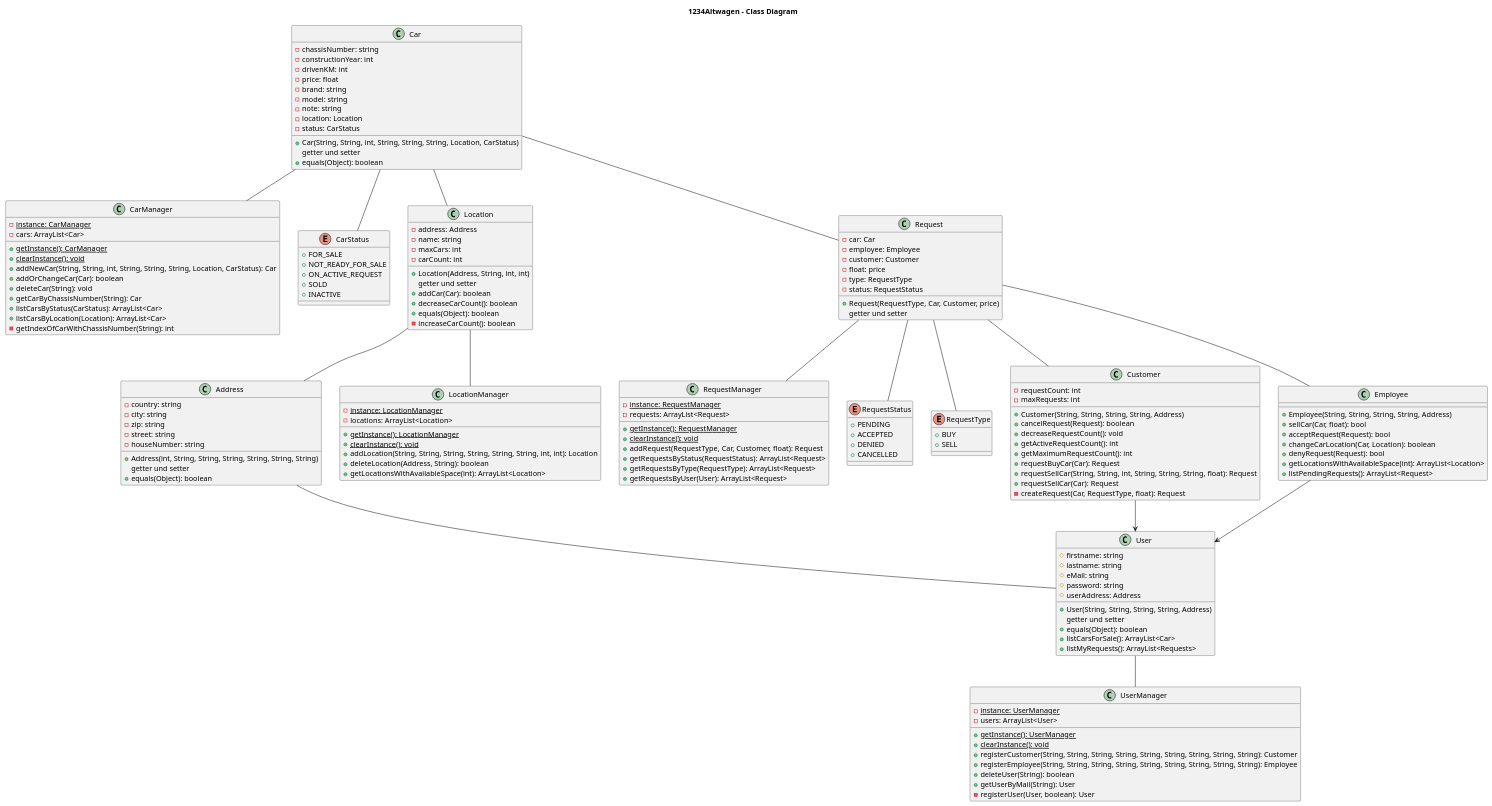
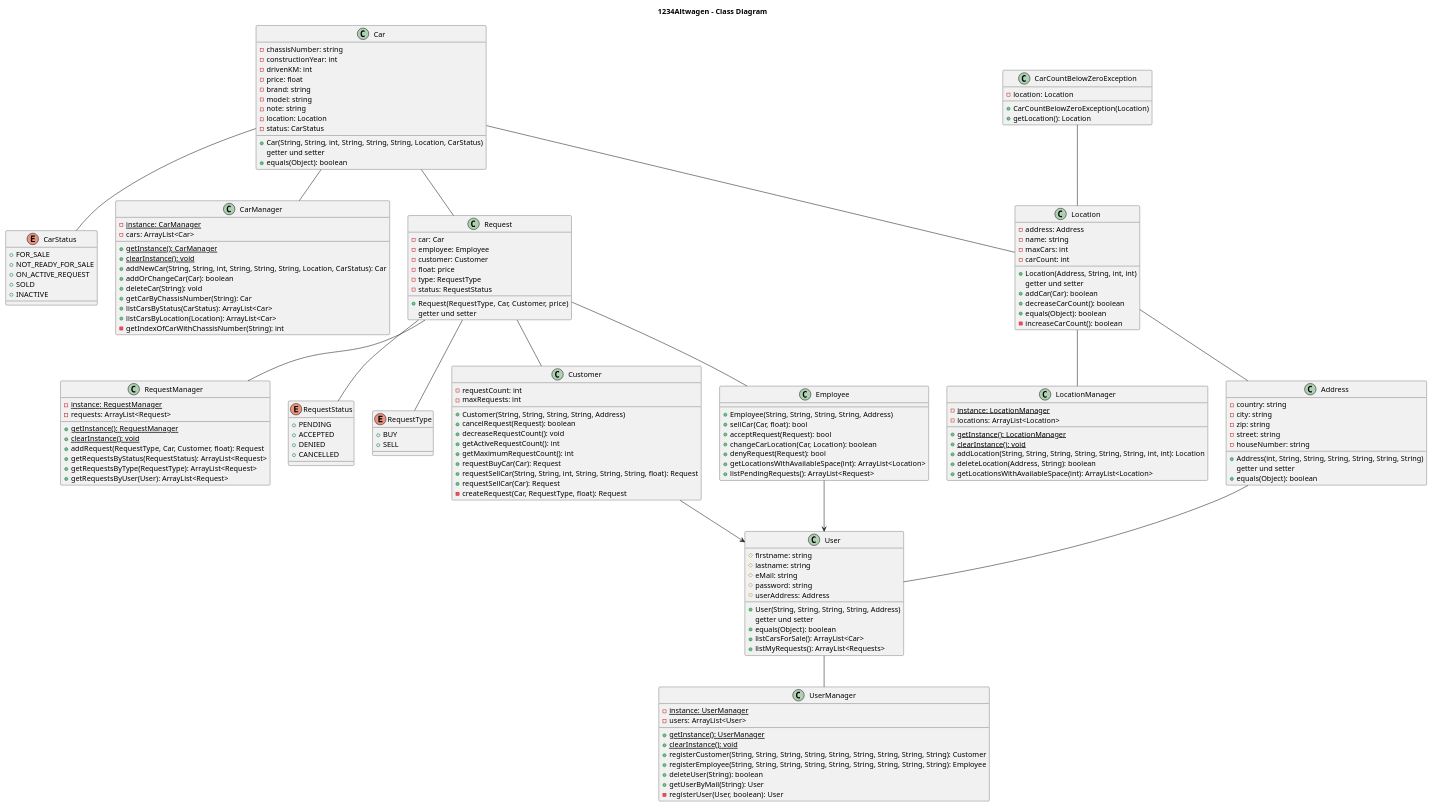
The diagram in readmeFiles/klassendiagramm_komplett.iuml (fh-erfurt/1234Altwagen), drawn with PlantUML before and after one commit. The commit also changed 2 other files, not shown here.

Commit message:
added Exception to UML

```diff
--- a/readmeFiles/klassendiagramm_komplett.iuml
+++ b/readmeFiles/klassendiagramm_komplett.iuml
@@ -1,175 +1,182 @@
 @startuml
 title 1234Altwagen - Class Diagram
 
 
 class CarManager {
     {static} -instance: CarManager
     -cars: ArrayList<Car>
     {static} +getInstance(): CarManager
     {static} +clearInstance(): void
     +addNewCar(String, String, int, String, String, String, Location, CarStatus): Car
     +addOrChangeCar(Car): boolean
     +deleteCar(String): void
     +getCarByChassisNumber(String): Car
     +listCarsByStatus(CarStatus): ArrayList<Car>
     +listCarsByLocation(Location): ArrayList<Car>
     -getIndexOfCarWithChassisNumber(String): int
 }
 
 class Car {
     -chassisNumber: string
     -constructionYear: int
     -drivenKM: int
     -price: float
     -brand: string
     -model: string
     -note: string
     -location: Location
     -status: CarStatus
     +Car(String, String, int, String, String, String, Location, CarStatus)
     {method} getter und setter
     +equals(Object): boolean
 }
 
 enum CarStatus {
     +FOR_SALE
     +NOT_READY_FOR_SALE
     +ON_ACTIVE_REQUEST
     +SOLD
     +INACTIVE
 }
 
 class Address {
     -country: string
     -city: string
     -zip: string
     -street: string
     -houseNumber: string
     +Address(int, String, String, String, String, String, String)
     {method} getter und setter
     +equals(Object): boolean
 }
 
 class Location {
     -address: Address
     -name: string
     -maxCars: int
     -carCount: int
     +Location(Address, String, int, int)
     {method} getter und setter
     +addCar(Car): boolean
     +decreaseCarCount(): boolean
     +equals(Object): boolean
     -increaseCarCount(): boolean
 }
 
 class LocationManager {
     {static} -instance: LocationManager
     -locations: ArrayList<Location>
     {static} +getInstance(): LocationManager
     {static} +clearInstance(): void
     +addLocation(String, String, String, String, String, String, int, int): Location
     +deleteLocation(Address, String): boolean
     +getLocationsWithAvailableSpace(int): ArrayList<Location>
 }
 
 class Request {
     -car: Car
     -employee: Employee
     -customer: Customer
     -float: price
     -type: RequestType
     -status: RequestStatus
     +Request(RequestType, Car, Customer, price)
     {method} getter und setter
 }
 
 class RequestManager {
     {static} -instance: RequestManager
     -requests: ArrayList<Request>
     {static} +getInstance(): RequestManager
     {static} +clearInstance(): void
     +addRequest(RequestType, Car, Customer, float): Request
     +getRequestsByStatus(RequestStatus): ArrayList<Request>
     +getRequestsByType(RequestType): ArrayList<Request>
     +getRequestsByUser(User): ArrayList<Request>
 }
 
 enum RequestStatus {
     +PENDING
     +ACCEPTED
     +DENIED
     +CANCELLED
 }
 
 enum RequestType {
     +BUY
     +SELL
 }
 
 class Customer {
     -requestCount: int
     -maxRequests: int
     +Customer(String, String, String, String, Address)
     +cancelRequest(Request): boolean
     +decreaseRequestCount(): void
     +getActiveRequestCount(): int
     +getMaximumRequestCount(): int
     +requestBuyCar(Car): Request
     +requestSellCar(String, String, int, String, String, String, float): Request
     +requestSellCar(Car): Request
     -createRequest(Car, RequestType, float): Request
 }
 
 class Employee {
     +Employee(String, String, String, String, Address)
     +sellCar(Car, float): bool
     +acceptRequest(Request): bool
     +changeCarLocation(Car, Location): boolean
     +denyRequest(Request): bool
     +getLocationsWithAvailableSpace(int): ArrayList<Location>
     +listPendingRequests(): ArrayList<Request>
 }
 
 class User {
     #firstname: string
     #lastname: string
     #eMail: string
     #password: string
     #userAddress: Address
     +User(String, String, String, String, Address)
     {method} getter und setter
     +equals(Object): boolean
     +listCarsForSale(): ArrayList<Car>
     +listMyRequests(): ArrayList<Requests>
 }
 
 class UserManager {
     {static} -instance: UserManager
     -users: ArrayList<User>
     {static} +getInstance(): UserManager
     {static} +clearInstance(): void
     +registerCustomer(String, String, String, String, String, String, String, String, String): Customer 
     +registerEmployee(String, String, String, String, String, String, String, String, String): Employee
     +deleteUser(String): boolean
     +getUserByMail(String): User
     -registerUser(User, boolean): User
 }
 
+class CarCountBelowZeroException {
+    -location: Location
+	+CarCountBelowZeroException(Location)
+	+getLocation(): Location
+}
+
 Customer --> User
 Employee --> User
 
 Car -- CarManager
 Request -- RequestManager
 User -- UserManager
 Address -- User
 Location -- Address
 Location -- LocationManager
 Car -- Location
 Car -- CarStatus
 Car -- Request
 Request -- Customer
 Request -- Employee
 Request -- RequestStatus
 Request -- RequestType
+CarCountBelowZeroException -- Location
 @enduml
```
